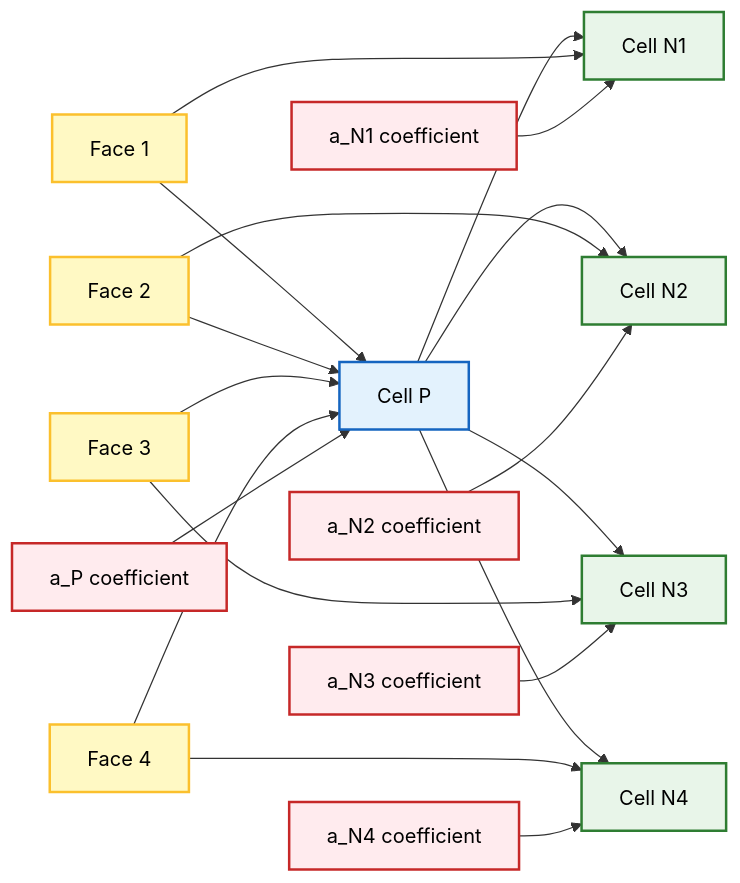
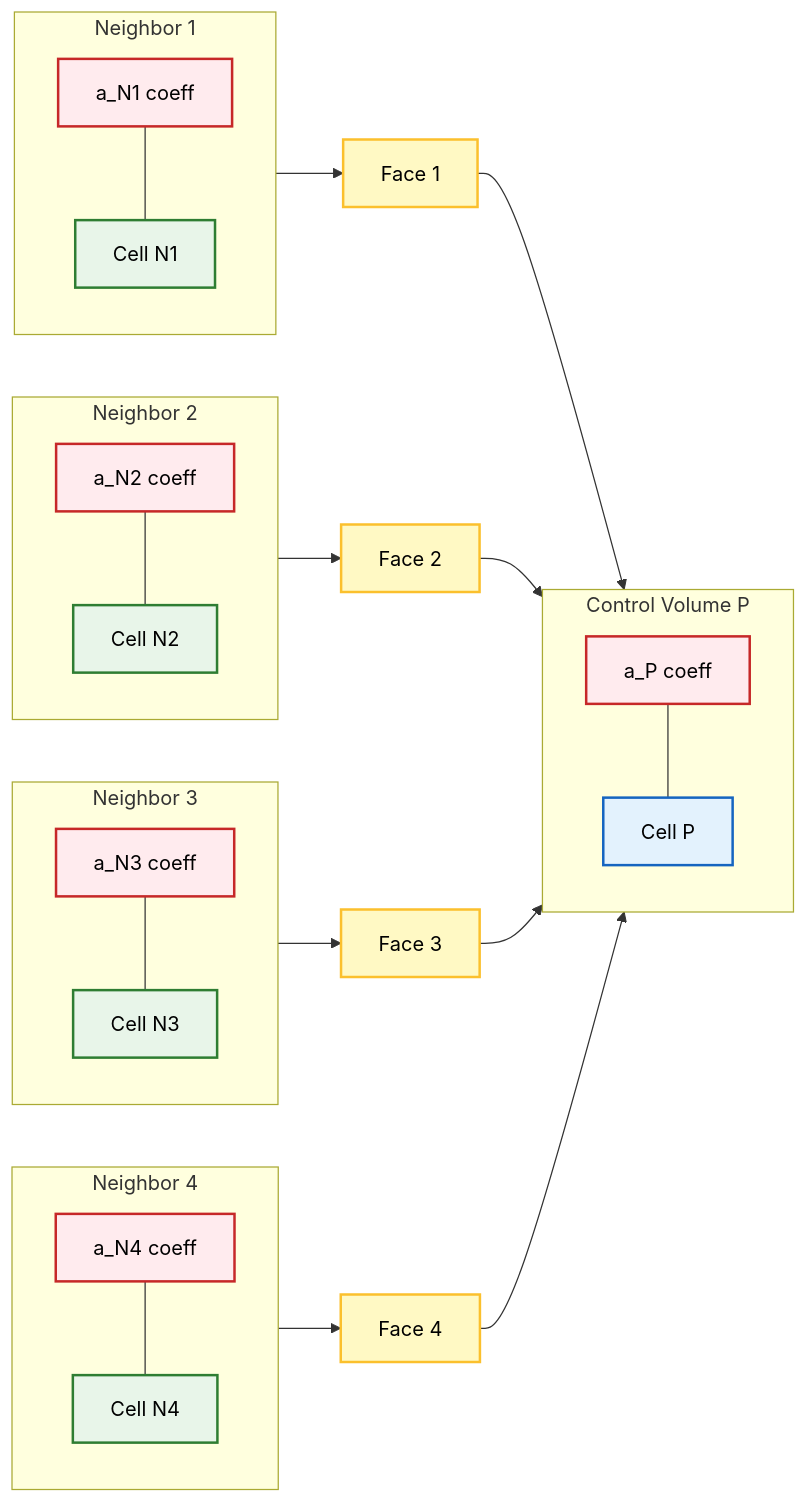
The third of 4 diagrams in MODULE_01_CFD_FUNDAMENTALS/CONTENT/02_FINITE_VOLUME_METHOD/05_Matrix_Assembly.md (wramet/build-my-cfd), drawn with Mermaid before and after one commit. The commit also changed other lines of this file and 297 other files, not shown here.

Commit message:
Add explanation under mermaid diagram

````diff
--- a/MODULE_01_CFD_FUNDAMENTALS/CONTENT/02_FINITE_VOLUME_METHOD/05_Matrix_Assembly.md
+++ b/MODULE_01_CFD_FUNDAMENTALS/CONTENT/02_FINITE_VOLUME_METHOD/05_Matrix_Assembly.md
@@ -276,34 +275,59 @@
 ```mermaid
 graph LR
-    A["Cell P"] --> B["Cell N1"]
-    A --> C["Cell N2"]
-    A --> D["Cell N3"]
-    A --> E["Cell N4"]
-    F["Face 1"] --> A
-    F --> B
-    G["Face 2"] --> A
-    G --> C
-    H["Face 3"] --> A
-    H --> D
-    I["Face 4"] --> A
-    I --> E
-    J["a_P coefficient"] --> A
-    K["a_N1 coefficient"] --> B
-    L["a_N2 coefficient"] --> C
-    M["a_N3 coefficient"] --> D
-    N["a_N4 coefficient"] --> E
-    style A fill:#e3f2fd,stroke:#1565c0,stroke-width:2px,color:#000;
-    style B fill:#e8f5e9,stroke:#2e7d32,stroke-width:2px,color:#000;
-    style C fill:#e8f5e9,stroke:#2e7d32,stroke-width:2px,color:#000;
-    style D fill:#e8f5e9,stroke:#2e7d32,stroke-width:2px,color:#000;
-    style E fill:#e8f5e9,stroke:#2e7d32,stroke-width:2px,color:#000;
-    style F fill:#fff9c4,stroke:#fbc02d,stroke-width:2px,color:#000;
-    style G fill:#fff9c4,stroke:#fbc02d,stroke-width:2px,color:#000;
-    style H fill:#fff9c4,stroke:#fbc02d,stroke-width:2px,color:#000;
-    style I fill:#fff9c4,stroke:#fbc02d,stroke-width:2px,color:#000;
-    style J fill:#ffebee,stroke:#c62828,stroke-width:2px,color:#000;
-    style K fill:#ffebee,stroke:#c62828,stroke-width:2px,color:#000;
-    style L fill:#ffebee,stroke:#c62828,stroke-width:2px,color:#000;
-    style M fill:#ffebee,stroke:#c62828,stroke-width:2px,color:#000;
-    style N fill:#ffebee,stroke:#c62828,stroke-width:2px,color:#000;
+    %% Central Control Volume
+    subgraph CV_P [Control Volume P]
+        direction TB
+        A[Cell P]
+        J[a_P coeff]
+        J --- A
+    end
+
+    %% Neighbor 1 Group
+    subgraph N1_Group [Neighbor 1]
+        direction TB
+        B[Cell N1]
+        K[a_N1 coeff]
+        K --- B
+    end
+
+    %% Neighbor 2 Group
+    subgraph N2_Group [Neighbor 2]
+        direction TB
+        C[Cell N2]
+        L[a_N2 coeff]
+        L --- C
+    end
+
+    %% Neighbor 3 Group
+    subgraph N3_Group [Neighbor 3]
+        direction TB
+        D[Cell N3]
+        M[a_N3 coeff]
+        M --- D
+    end
+
+    %% Neighbor 4 Group
+    subgraph N4_Group [Neighbor 4]
+        direction TB
+        E[Cell N4]
+        N[a_N4 coeff]
+        N --- E
+    end
+
+    %% Connections: Neighbor -> Shared Face -> Cell P
+    B --> F[Face 1] --> A
+    C --> G[Face 2] --> A
+    D --> H[Face 3] --> A
+    E --> I[Face 4] --> A
+
+    %% Styling using Classes (Much cleaner code)
+    classDef cell fill:#e3f2fd,stroke:#1565c0,stroke-width:2px,color:#000;
+    classDef neighbor fill:#e8f5e9,stroke:#2e7d32,stroke-width:2px,color:#000;
+    classDef face fill:#fff9c4,stroke:#fbc02d,stroke-width:2px,color:#000;
+    classDef coeff fill:#ffebee,stroke:#c62828,stroke-width:2px,color:#000;
+
+    class A cell;
+    class B,C,D,E neighbor;
+    class F,G,H,I face;
+    class J,K,L,M,N coeff;
 ```
````
